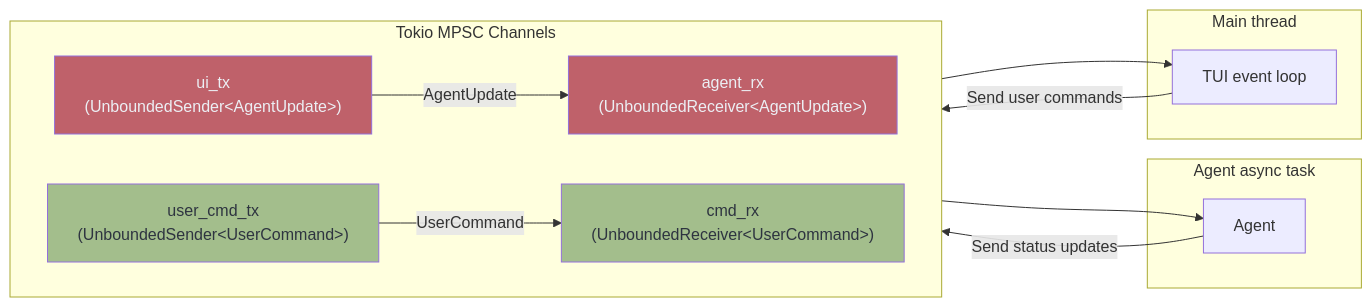
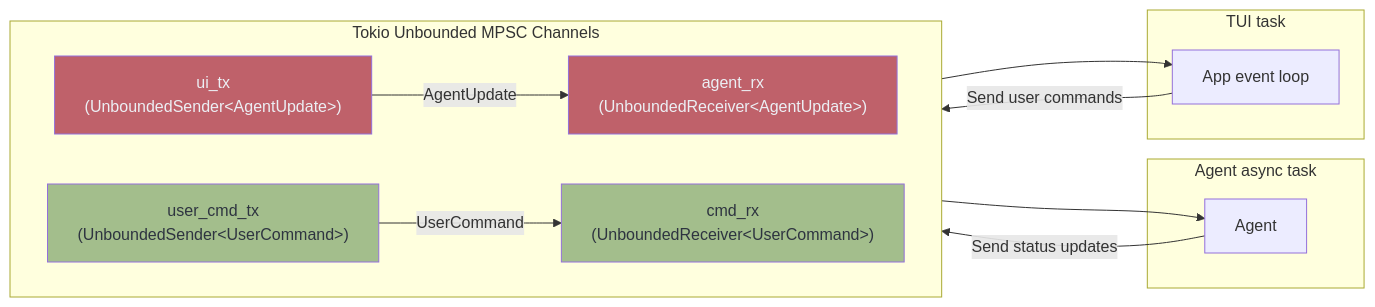
Before and after one commit to rust-infra/tact: the ninth of 10 diagrams in ARCHITECTURE.md, drawn with Mermaid. The commit also changed other lines of this file and 3 other files, not shown here.

````diff
--- a/ARCHITECTURE.md
+++ b/ARCHITECTURE.md
@@ -226,31 +494,31 @@
 ```mermaid
 flowchart LR
-    subgraph Channels["Tokio MPSC Channels"]
+    subgraph Channels["Tokio Unbounded MPSC Channels"]
         direction LR
         TX1["ui_tx<br/>(UnboundedSender&lt;AgentUpdate&gt;)"]
         RX1["agent_rx<br/>(UnboundedReceiver&lt;AgentUpdate&gt;)"]
         TX2["user_cmd_tx<br/>(UnboundedSender&lt;UserCommand&gt;)"]
         RX2["cmd_rx<br/>(UnboundedReceiver&lt;UserCommand&gt;)"]
     end
 
     subgraph AgentTask["Agent async task"]
         A["Agent"]
     end
 
-    subgraph MainThread["Main thread"]
-        TUI["TUI event loop"]
+    subgraph MainThread["TUI task"]
+        TUI["App event loop"]
     end
 
     A -- "Send status updates" --> TX1
     TX1 -- "AgentUpdate" --> RX1
     RX1 --> TUI
 
     TUI -- "Send user commands" --> TX2
     TX2 -- "UserCommand" --> RX2
     RX2 --> A
 
     style TX1 fill:#bf616a,color:#eceff4
     style RX1 fill:#bf616a,color:#eceff4
     style TX2 fill:#a3be8c,color:#2e3440
     style RX2 fill:#a3be8c,color:#2e3440
 ```
````
